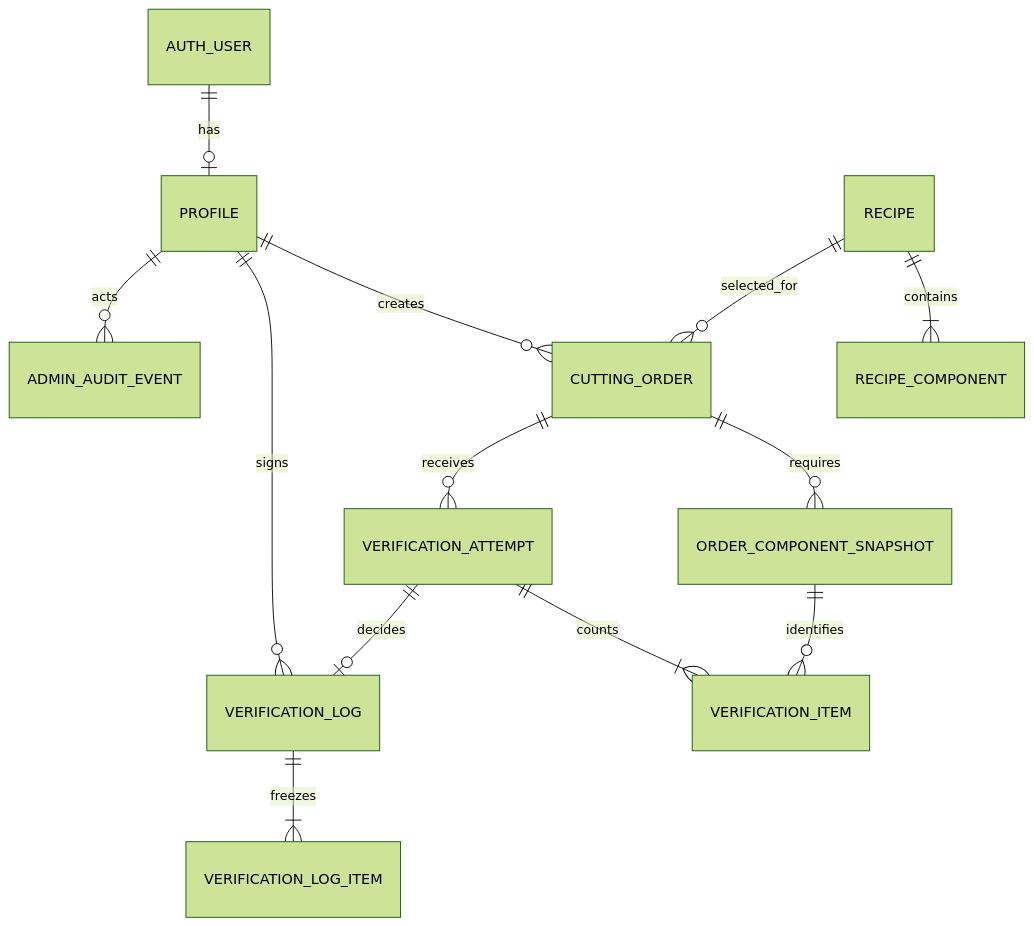
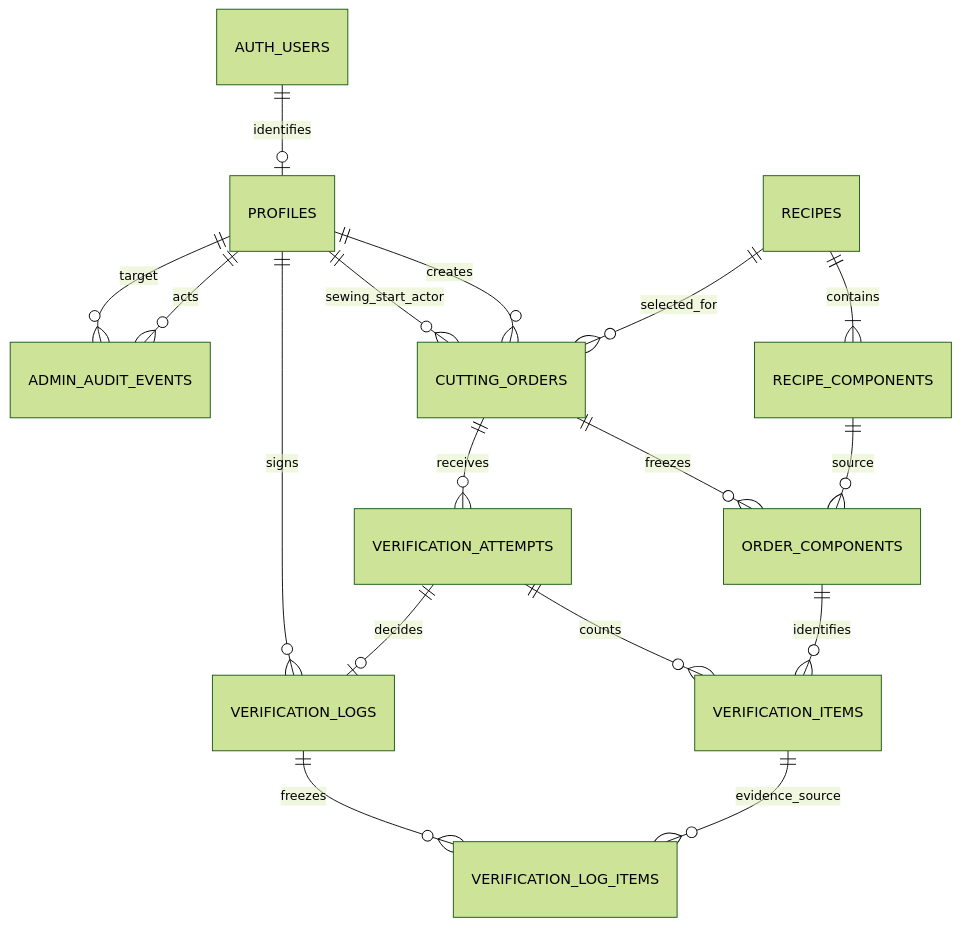
Before and after one commit to SMS123456789/apparel-flow: the first of 2 diagrams in docs/05_DOMAIN_MODEL.md, drawn with Mermaid (forest theme). The commit also changed other lines of this file and 23 other files, not shown here.

Commit message:
feat: establish database schema and UI design contract

````diff
--- a/docs/05_DOMAIN_MODEL.md
+++ b/docs/05_DOMAIN_MODEL.md
@@ -17,15 +17,19 @@
 ```mermaid
 erDiagram
-    AUTH_USER ||--o| PROFILE : has
-    PROFILE ||--o{ CUTTING_ORDER : creates
-    RECIPE ||--|{ RECIPE_COMPONENT : contains
-    RECIPE ||--o{ CUTTING_ORDER : selected_for
-    CUTTING_ORDER ||--o{ ORDER_COMPONENT_SNAPSHOT : requires
-    CUTTING_ORDER ||--o{ VERIFICATION_ATTEMPT : receives
-    VERIFICATION_ATTEMPT ||--|{ VERIFICATION_ITEM : counts
-    ORDER_COMPONENT_SNAPSHOT ||--o{ VERIFICATION_ITEM : identifies
-    VERIFICATION_ATTEMPT ||--o| VERIFICATION_LOG : decides
-    VERIFICATION_LOG ||--|{ VERIFICATION_LOG_ITEM : freezes
-    PROFILE ||--o{ VERIFICATION_LOG : signs
-    PROFILE ||--o{ ADMIN_AUDIT_EVENT : acts
+    AUTH_USERS ||--o| PROFILES : identifies
+    PROFILES ||--o{ CUTTING_ORDERS : creates
+    PROFILES ||--o{ CUTTING_ORDERS : sewing_start_actor
+    RECIPES ||--|{ RECIPE_COMPONENTS : contains
+    RECIPES ||--o{ CUTTING_ORDERS : selected_for
+    CUTTING_ORDERS ||--o{ ORDER_COMPONENTS : freezes
+    RECIPE_COMPONENTS ||--o{ ORDER_COMPONENTS : source
+    CUTTING_ORDERS ||--o{ VERIFICATION_ATTEMPTS : receives
+    VERIFICATION_ATTEMPTS ||--o{ VERIFICATION_ITEMS : counts
+    ORDER_COMPONENTS ||--o{ VERIFICATION_ITEMS : identifies
+    VERIFICATION_ATTEMPTS ||--o| VERIFICATION_LOGS : decides
+    VERIFICATION_LOGS ||--o{ VERIFICATION_LOG_ITEMS : freezes
+    VERIFICATION_ITEMS ||--o{ VERIFICATION_LOG_ITEMS : evidence_source
+    PROFILES ||--o{ VERIFICATION_LOGS : signs
+    PROFILES ||--o{ ADMIN_AUDIT_EVENTS : acts
+    PROFILES ||--o{ ADMIN_AUDIT_EVENTS : target
 ```
````
